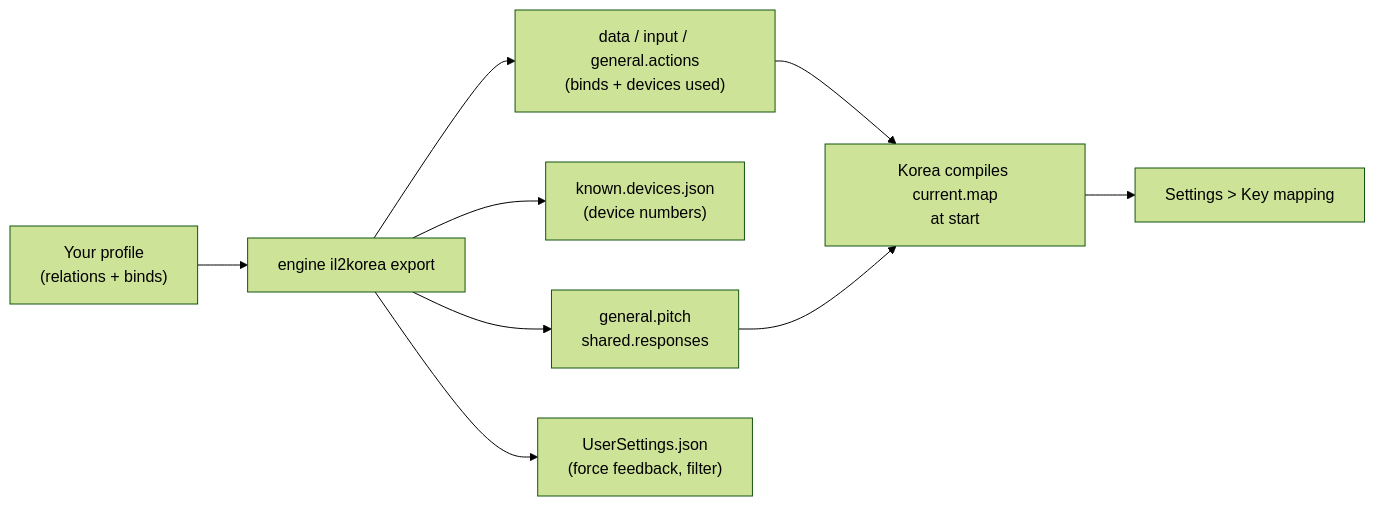
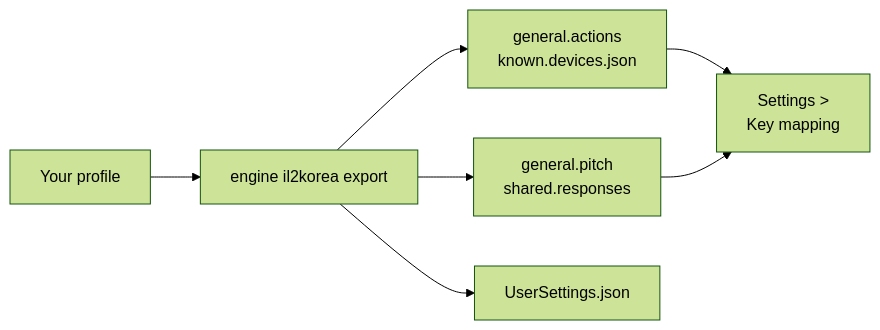
The diagram in website/content/games/il2-korea.md (Holdi601/JoystickProfiler2), drawn with Mermaid (forest theme) before and after one commit. The commit also changed other lines of this file and 718 other files, not shown here.

````diff
--- a/website/content/games/il2-korea.md
+++ b/website/content/games/il2-korea.md
@@ -20,11 +157,10 @@
 ```mermaid
+%% caption: Korea compiles these files (data/input: binds and device numbers, curves; force feedback and filter in UserSettings.json) into its key mapping (current.map) at its next start.
 flowchart LR
-  P["Your profile<br/>(relations + binds)"] --> E["engine il2korea export"]
-  E --> A["data / input / general.actions<br/>(binds + devices used)"]
-  E --> N["known.devices.json<br/>(device numbers)"]
+  P["Your profile"] --> E["engine il2korea export"]
+  E --> A["general.actions<br/>known.devices.json"]
   E --> R["general.pitch<br/>shared.responses"]
-  E --> S["UserSettings.json<br/>(force feedback, filter)"]
-  A --> G["Korea compiles current.map<br/>at start"]
+  E --> S["UserSettings.json"]
+  A --> G["Settings ><br/>Key mapping"]
   R --> G
-  G --> K["Settings > Key mapping"]
 ```
````
